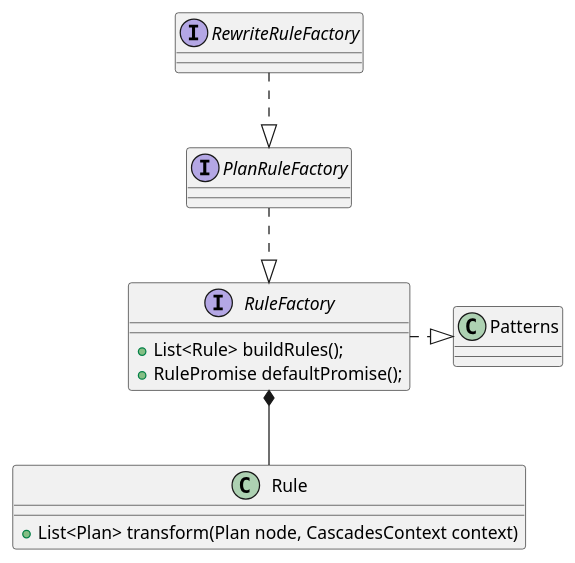
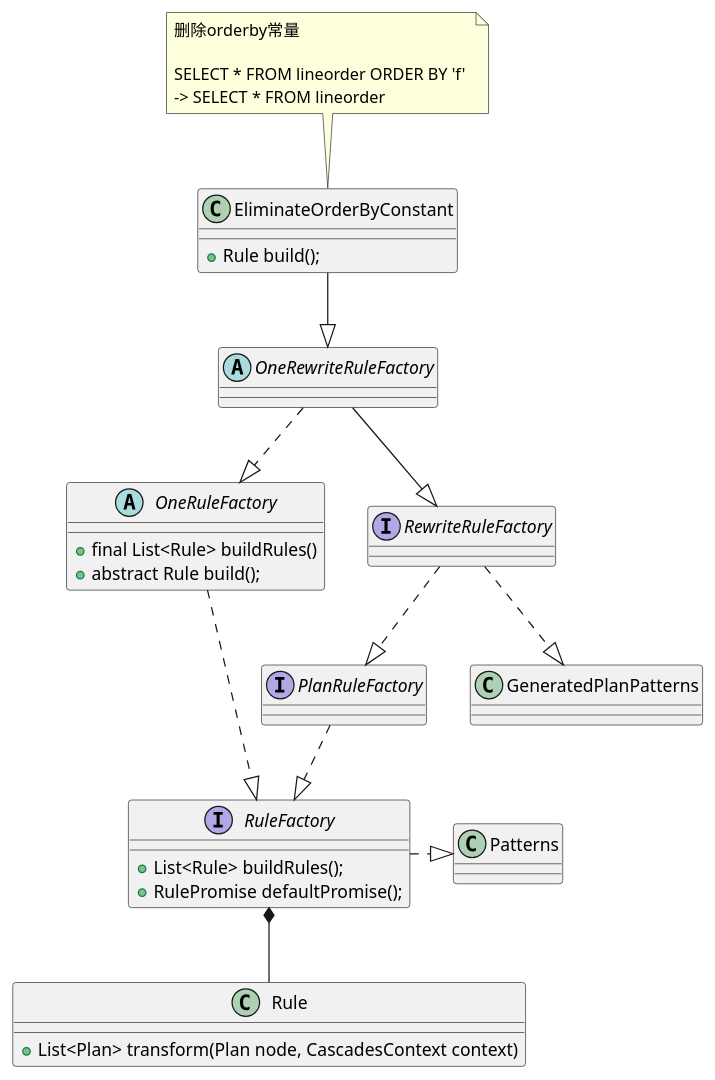
One commit to DepInjoy/geektime changed the first of 2 diagrams in doc/DB/Doris/SourceRead/00_02_Optimizer_Rule.md. Above: the diagram before and after it, drawn with PlantUML. The commit also changed other lines of this file and 2 other files, not shown here.

Commit message:
Rewrite Framework梳理

````diff
--- a/doc/DB/Doris/SourceRead/00_02_Optimizer_Rule.md
+++ b/doc/DB/Doris/SourceRead/00_02_Optimizer_Rule.md
@@ -1,21 +6,38 @@
 ```plantuml
 @startuml
+class EliminateOrderByConstant {
+    + Rule build();
+}
+note top: 删除orderby常量\n\nSELECT * FROM lineorder ORDER BY 'f' \n-> SELECT * FROM lineorder
+abstract class OneRewriteRuleFactory{}
 interface RewriteRuleFactory {}
 interface PlanRuleFactory {}
 
 interface RuleFactory {
     + List<Rule> buildRules();
     + RulePromise defaultPromise();
 }
 
+abstract class OneRuleFactory {
+    + final List<Rule> buildRules()
+    + abstract Rule build();
+}
+
 class Rule {
     + List<Plan> transform(Plan node, CascadesContext context)
 }
+EliminateOrderByConstant -down-|> OneRewriteRuleFactory
 
+OneRewriteRuleFactory-down-|> RewriteRuleFactory
+OneRewriteRuleFactory-right.|> OneRuleFactory
+
+OneRuleFactory -down.|> RuleFactory
 RewriteRuleFactory -down.|> PlanRuleFactory
+RewriteRuleFactory -down.|> GeneratedPlanPatterns
+
 PlanRuleFactory -down.|> RuleFactory
 RuleFactory -right.|> Patterns
 
 Rule -up-* RuleFactory
 @enduml
 ```
````
